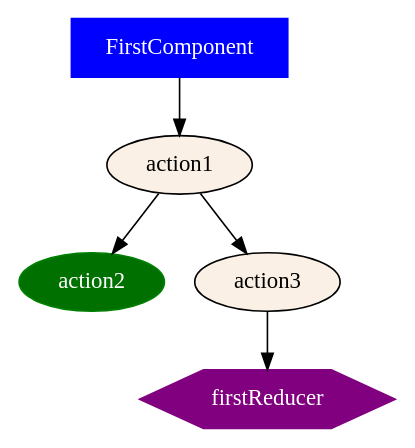
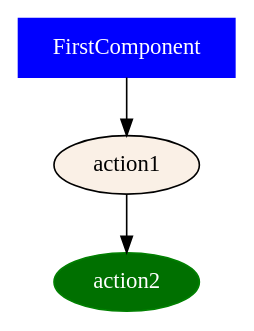
Before and after one commit to ammarnajjar/ngrx-graph: the diagram in docs/examples/case1/out/action2.dot, drawn with Graphviz. The commit also changed 50 other files, not shown here.

First line of the commit message:
feat: add DOT file generation and SVG support for action graphs

```diff
--- a/docs/examples/case1/out/action2.dot
+++ b/docs/examples/case1/out/action2.dot
@@ -1,11 +1,7 @@
 digraph {
 FirstComponent [shape="box", color=blue, fillcolor=blue, fontcolor=white, style=filled]
 action1 [fillcolor=linen, style=filled]
 action2 [color=green, fillcolor="#007000", fontcolor=white, style=filled]
-action3 [fillcolor=linen, style=filled]
-firstReducer [shape="hexagon", color=purple, fillcolor=purple, fontcolor=white, style=filled]
 FirstComponent -> action1
 action1 -> action2
-action1 -> action3
-action3 -> firstReducer
 }
```
